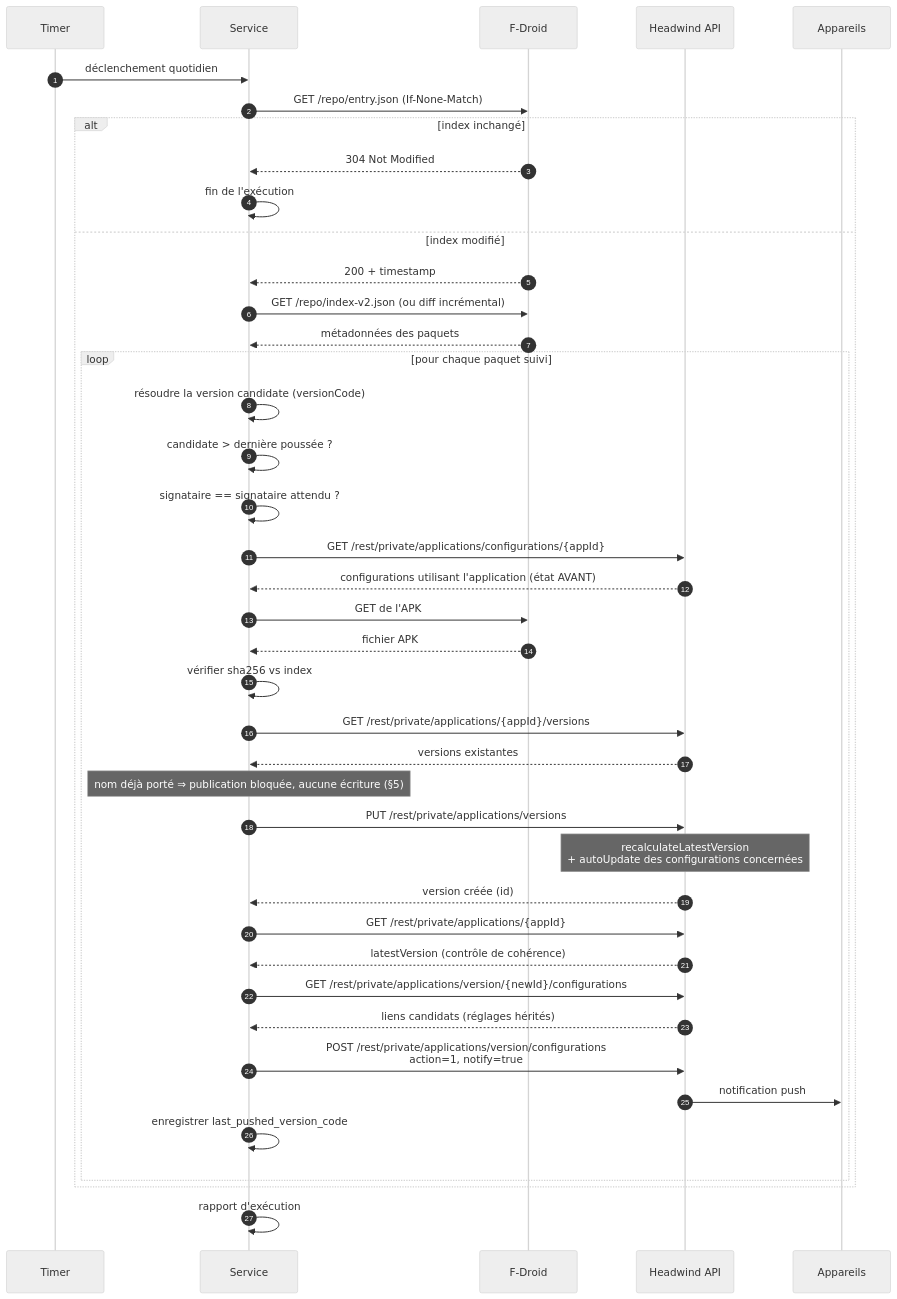
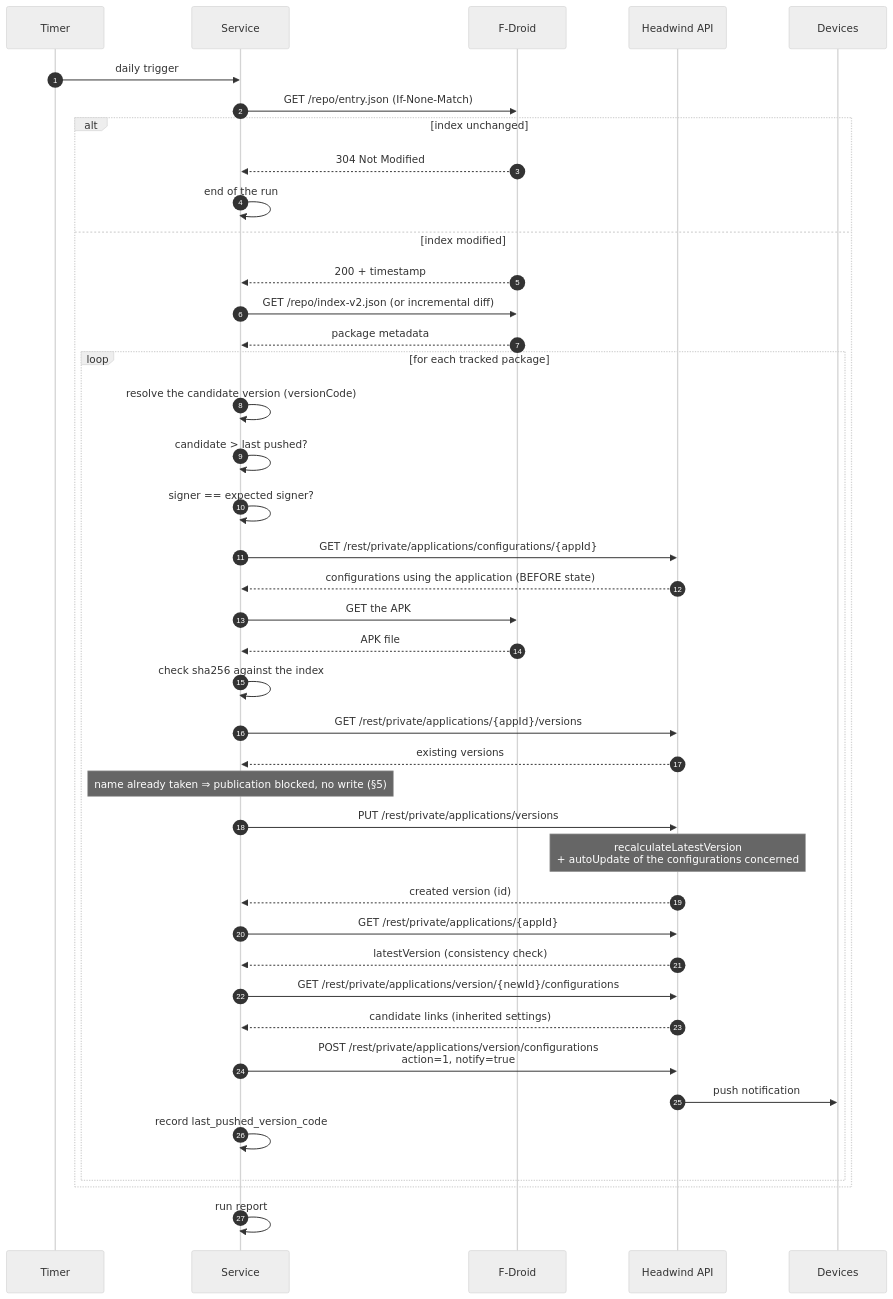
One commit to Sarcouy/fdroid-headwind-mirror changed the second of 5 diagrams in docs/architecture.md. Above: the diagram before and after it, drawn with Mermaid (neutral theme). The commit also changed other lines of this file and 8 other files, not shown here.

````diff
--- a/docs/architecture.md
+++ b/docs/architecture.md
@@ -166,53 +164,53 @@
 ```mermaid
 sequenceDiagram
     autonumber
     participant T as Timer
     participant S as Service
     participant F as F-Droid
     participant H as Headwind API
-    participant D as Appareils
+    participant D as Devices
 
-    T->>S: déclenchement quotidien
+    T->>S: daily trigger
     S->>F: GET /repo/entry.json (If-None-Match)
-    alt index inchangé
+    alt index unchanged
         F-->>S: 304 Not Modified
-        S->>S: fin de l'exécution
-    else index modifié
+        S->>S: end of the run
+    else index modified
         F-->>S: 200 + timestamp
-        S->>F: GET /repo/index-v2.json (ou diff incrémental)
-        F-->>S: métadonnées des paquets
+        S->>F: GET /repo/index-v2.json (or incremental diff)
+        F-->>S: package metadata
 
-        loop pour chaque paquet suivi
-            S->>S: résoudre la version candidate (versionCode)
-            S->>S: candidate > dernière poussée ?
-            S->>S: signataire == signataire attendu ?
+        loop for each tracked package
+            S->>S: resolve the candidate version (versionCode)
+            S->>S: candidate > last pushed?
+            S->>S: signer == expected signer?
 
             S->>H: GET /rest/private/applications/configurations/{appId}
-            H-->>S: configurations utilisant l'application (état AVANT)
+            H-->>S: configurations using the application (BEFORE state)
 
-            S->>F: GET de l'APK
-            F-->>S: fichier APK
-            S->>S: vérifier sha256 vs index
+            S->>F: GET the APK
+            F-->>S: APK file
+            S->>S: check sha256 against the index
 
             S->>H: GET /rest/private/applications/{appId}/versions
-            H-->>S: versions existantes
-            Note over S: nom déjà porté ⇒ publication bloquée, aucune écriture (§5)
+            H-->>S: existing versions
+            Note over S: name already taken ⇒ publication blocked, no write (§5)
 
             S->>H: PUT /rest/private/applications/versions
-            Note over H: recalculateLatestVersion<br/>+ autoUpdate des configurations concernées
-            H-->>S: version créée (id)
+            Note over H: recalculateLatestVersion<br/>+ autoUpdate of the configurations concerned
+            H-->>S: created version (id)
 
             S->>H: GET /rest/private/applications/{appId}
-            H-->>S: latestVersion (contrôle de cohérence)
+            H-->>S: latestVersion (consistency check)
 
             S->>H: GET /rest/private/applications/version/{newId}/configurations
-            H-->>S: liens candidats (réglages hérités)
+            H-->>S: candidate links (inherited settings)
 
             S->>H: POST /rest/private/applications/version/configurations<br/>action=1, notify=true
-            H->>D: notification push
-            S->>S: enregistrer last_pushed_version_code
+            H->>D: push notification
+            S->>S: record last_pushed_version_code
         end
     end
 
-    S->>S: rapport d'exécution
+    S->>S: run report
 ```
````
